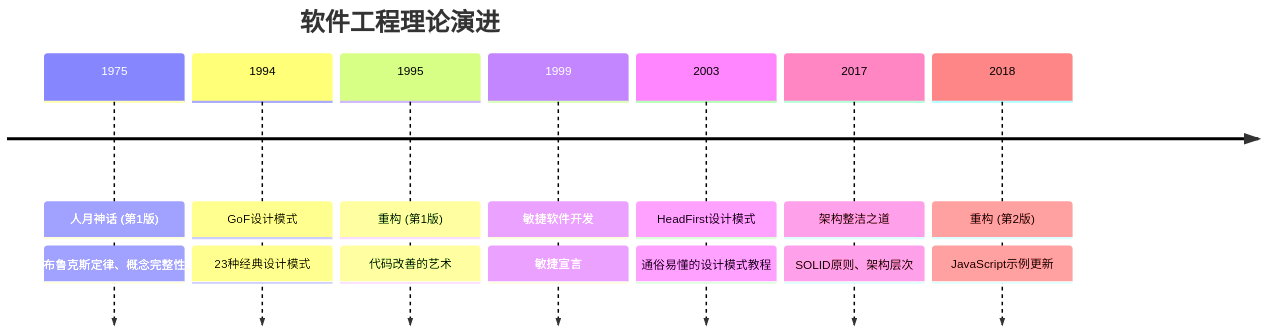
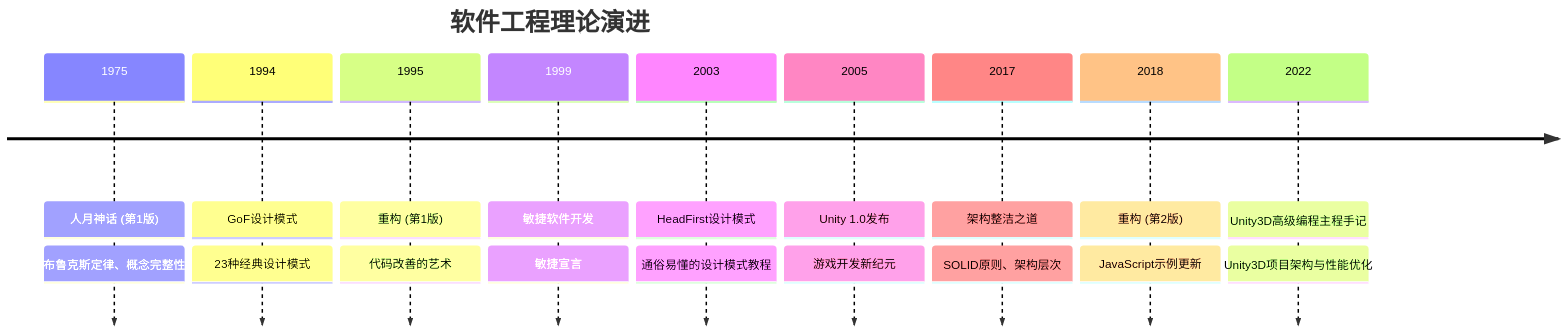
Before and after one commit to hongyesuifeng/readbooks: the second of 2 diagrams in books/知识关联图谱.md, drawn with Mermaid. The commit also changed other lines of this file and 1 other file, not shown here.

````diff
--- a/books/知识关联图谱.md
+++ b/books/知识关联图谱.md
@@ -99,18 +127,22 @@
 ```mermaid
 timeline
     title 软件工程理论演进
     1975 : 人月神话 (第1版)
          : 布鲁克斯定律、概念完整性
     1994 : GoF设计模式
          : 23种经典设计模式
     1995 : 重构 (第1版)
          : 代码改善的艺术
     1999 : 敏捷软件开发
          : 敏捷宣言
     2003 : HeadFirst设计模式
          : 通俗易懂的设计模式教程
+    2005 : Unity 1.0发布
+         : 游戏开发新纪元
     2017 : 架构整洁之道
          : SOLID原则、架构层次
     2018 : 重构 (第2版)
          : JavaScript示例更新
+    2022 : Unity3D高级编程主程手记
+         : Unity3D项目架构与性能优化
 ```
````
